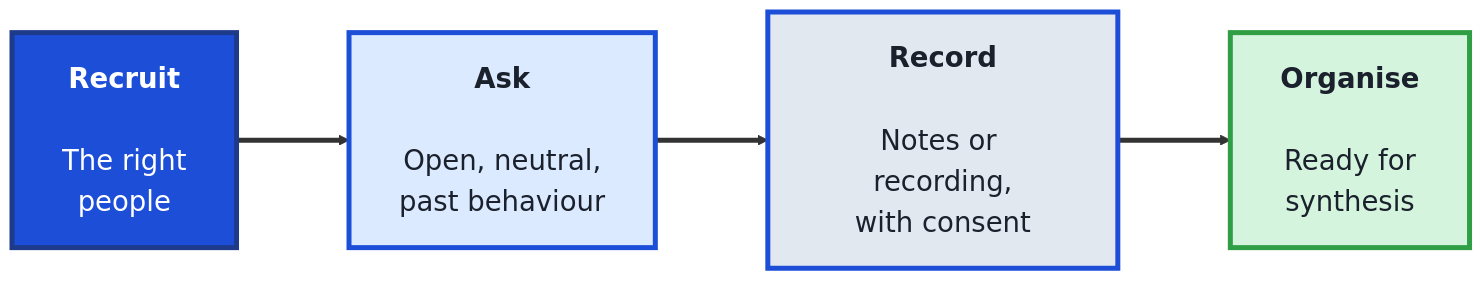
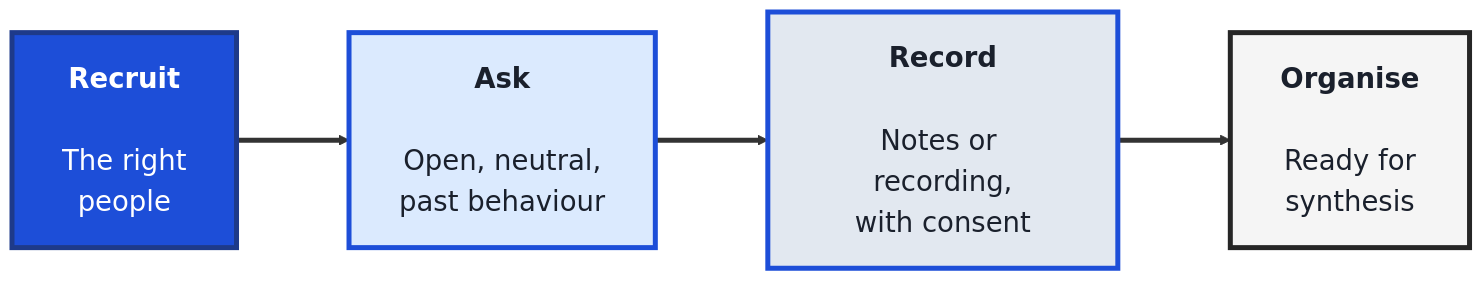
Before and after one commit to SHEMODELTECH/shemodeltech: the second of 3 diagrams in src/Pages/courses/TechLeads/module-5-research-for-tech-teams.md, drawn with Mermaid. The commit also changed other lines of this file and 46 other files, not shown here.

````diff
--- a/src/Pages/courses/TechLeads/module-5-research-for-tech-teams.md
+++ b/src/Pages/courses/TechLeads/module-5-research-for-tech-teams.md
@@ -81,16 +81,16 @@
 ```mermaid
 %%{init: {'theme':'base', 'themeVariables': {'fontSize':'22px', 'primaryTextColor':'#1a202c', 'primaryBorderColor':'#1d4ed8', 'lineColor':'#333333'}, 'flowchart': {'nodeSpacing': 70, 'rankSpacing': 90, 'padding': 20}}}%%
 flowchart LR
     RECRUIT["<b>Recruit</b><br/><br/>The right<br/>people"]
     ASK["<b>Ask</b><br/><br/>Open, neutral,<br/>past behaviour"]
     RECORD["<b>Record</b><br/><br/>Notes or recording,<br/>with consent"]
     ORG["<b>Organise</b><br/><br/>Ready for<br/>synthesis"]
 
     RECRUIT ==> ASK ==> RECORD ==> ORG
 
     style RECRUIT fill:#1d4ed8,color:#fff,stroke:#1e3a8a,stroke-width:4px
     style ASK fill:#dbeafe,color:#1a202c,stroke:#1d4ed8,stroke-width:4px
     style RECORD fill:#e2e8f0,color:#1a202c,stroke:#1d4ed8,stroke-width:4px
-    style ORG fill:#d4f4dd,color:#1a202c,stroke:#2f9e44,stroke-width:4px
+    style ORG fill:#F5F5F5,color:#1a202c,stroke:#262626,stroke-width:4px
     linkStyle default stroke-width:4px,stroke:#333333
 ```
````
